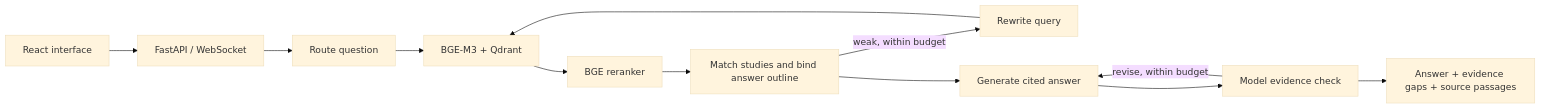
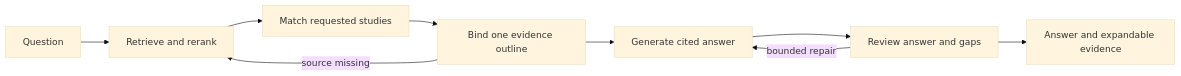
One commit to lijingshan-6/medrag-agent changed the diagram in README.md. Above: the diagram before and after it, drawn with Mermaid (base theme). The commit also changed other lines of this file and 352 other files, not shown here.

````diff
--- a/README.md
+++ b/README.md
@@ -94,14 +89,11 @@
 ```mermaid
 flowchart LR
-  UI[React interface] --> API[FastAPI / WebSocket]
-  API --> Route[Route question]
-  Route --> Retrieve[BGE-M3 + Qdrant]
-  Retrieve --> Rerank[BGE reranker]
-  Rerank --> Grade[Match studies and bind answer outline]
-  Grade -->|weak, within budget| Rewrite[Rewrite query]
-  Rewrite --> Retrieve
-  Grade --> Generate[Generate cited answer]
-  Generate --> Check[Model evidence check]
-  Check -->|revise, within budget| Generate
-  Check --> Answer[Answer + evidence gaps + source passages]
+  Q[Question] --> R[Retrieve and rerank]
+  R --> S[Match requested studies]
+  S --> O[Bind one evidence outline]
+  O --> A[Generate cited answer]
+  A --> C[Review answer and gaps]
+  C -->|bounded repair| A
+  C --> UI[Answer and expandable evidence]
+  O -->|source missing| R
 ```
````
